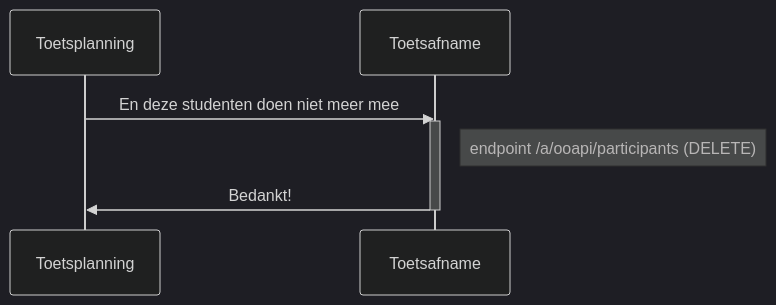
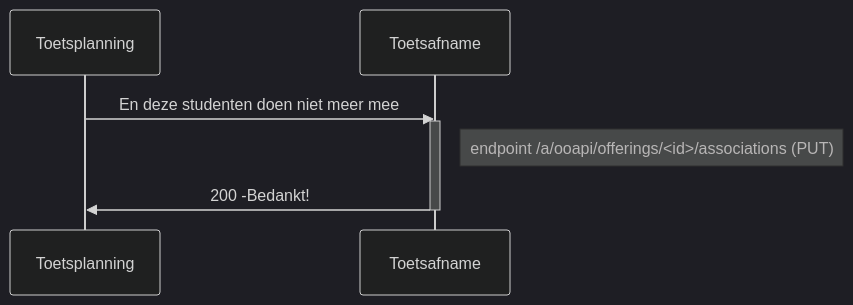
Before and after one commit to NetwerkExamineringDigitalisering/NED-OOAPI: the fourth of 5 diagrams in doc/diagrams/flow2.md, drawn with Mermaid (dark theme). The commit also changed other lines of this file, not shown here.

````diff
--- a/doc/diagrams/flow2.md
+++ b/doc/diagrams/flow2.md
@@ -45,8 +57,8 @@
 ```mermaid
 sequenceDiagram
     Toetsplanning->>Toetsafname: En deze studenten doen niet meer mee
     activate Toetsafname
-    Note right of Toetsafname: endpoint /a/ooapi/participants (DELETE)
-    Toetsafname->>Toetsplanning: Bedankt!
+    Note right of Toetsafname: endpoint /a/ooapi/offerings/<id>/associations (PUT)
+    Toetsafname->>Toetsplanning: 200 -Bedankt!
     deactivate Toetsafname
 ```
````
